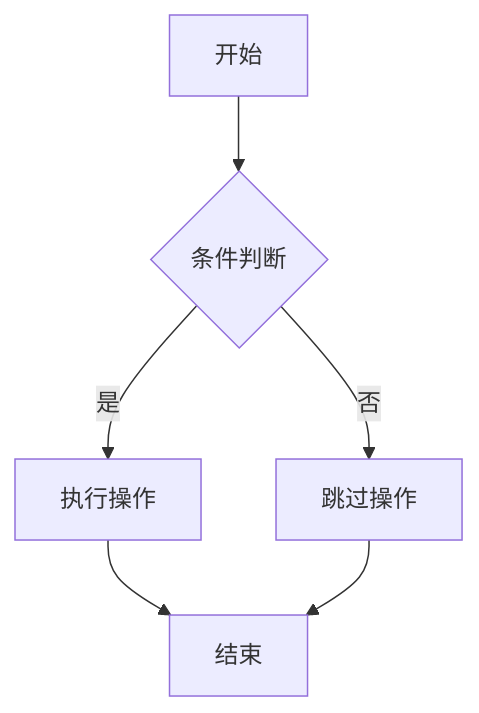
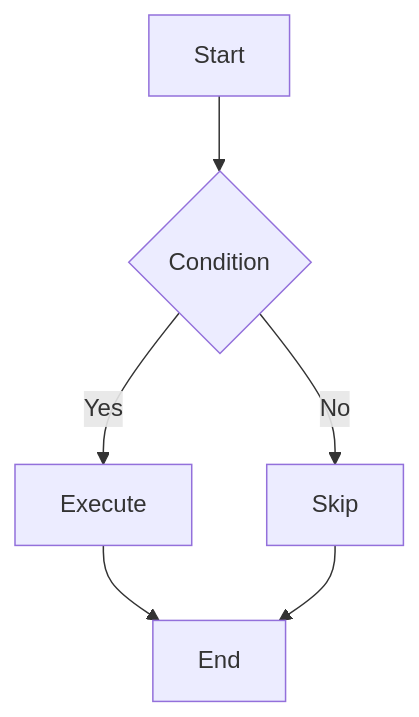
One commit to zhuangbiaowei/vitepress-ospo-writing-project changed the first of 2 diagrams in docs/guides/markdown-guide.md. Above: the diagram before and after it, drawn with Mermaid. The commit also changed other lines of this file and 182 other files, not shown here.

````diff
--- a/docs/guides/markdown-guide.md
+++ b/docs/guides/markdown-guide.md
@@ -228,8 +228,8 @@
 ```mermaid
 flowchart TD
-    A[开始] --> B{条件判断}
-    B -->|是| C[执行操作]
-    B -->|否| D[跳过操作]
-    C --> E[结束]
+    A[Start] --> B{Condition}
+    B -->|Yes| C[Execute]
+    B -->|No| D[Skip]
+    C --> E[End]
     D --> E
 ```
````
